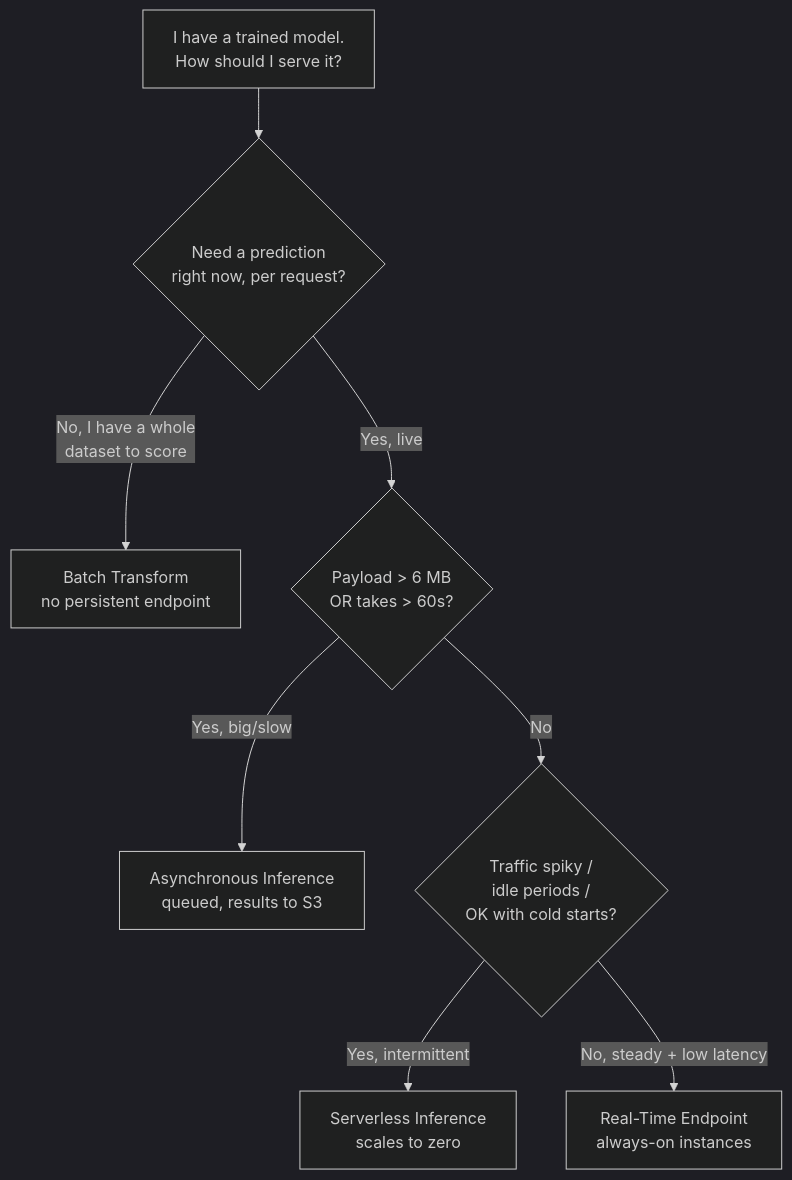
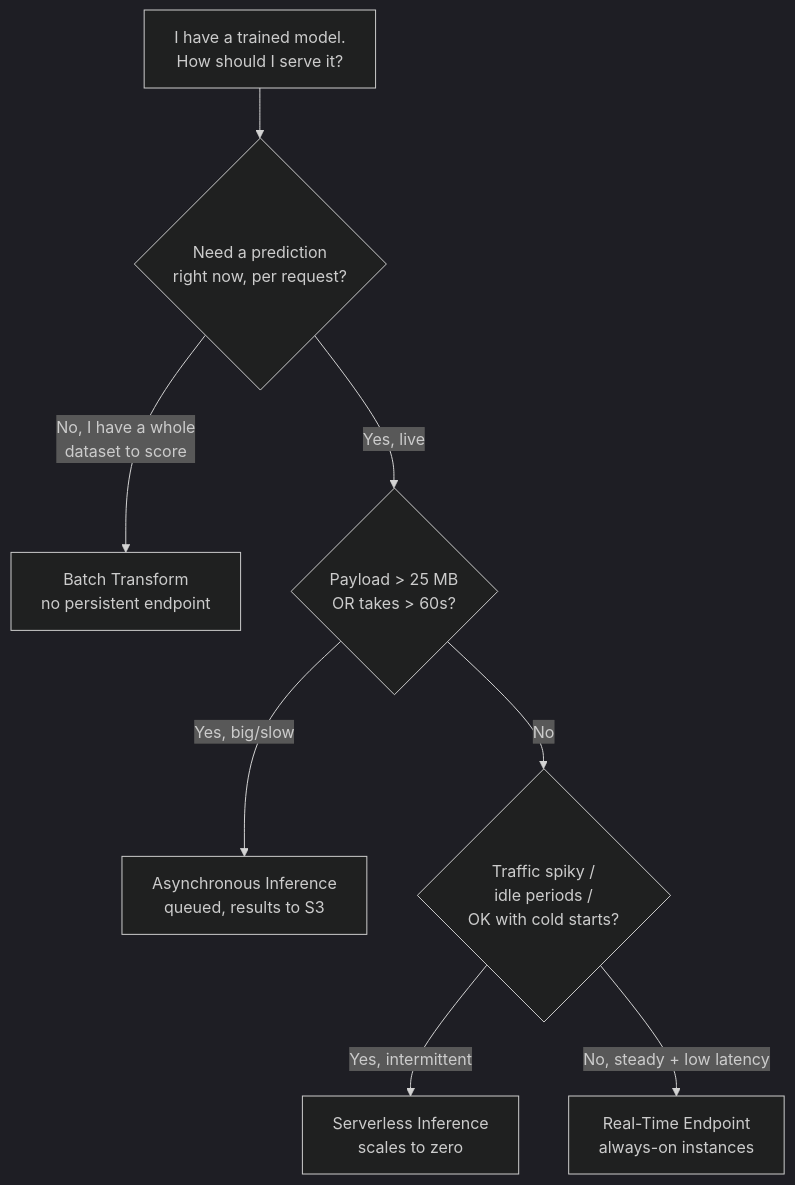
One commit to aneshus95/ai-system-design-guide changed the first of 5 diagrams in 24-aws-ai-certification/mla-c01/03-deployment-and-orchestration.md. Above: the diagram before and after it, drawn with Mermaid (dark theme). The commit also changed other lines of this file and 15 other files, not shown here.

````diff
--- a/24-aws-ai-certification/mla-c01/03-deployment-and-orchestration.md
+++ b/24-aws-ai-certification/mla-c01/03-deployment-and-orchestration.md
@@ -36,10 +36,10 @@
 ```mermaid
 flowchart TD
     A[I have a trained model.<br/>How should I serve it?] --> B{Need a prediction<br/>right now, per request?}
     B -->|No, I have a whole<br/>dataset to score| BATCH[Batch Transform<br/>no persistent endpoint]
-    B -->|Yes, live| C{Payload > 6 MB<br/>OR takes > 60s?}
+    B -->|Yes, live| C{Payload > 25 MB<br/>OR takes > 60s?}
     C -->|Yes, big/slow| ASYNC[Asynchronous Inference<br/>queued, results to S3]
     C -->|No| D{Traffic spiky /<br/>idle periods /<br/>OK with cold starts?}
     D -->|Yes, intermittent| SERVERLESS[Serverless Inference<br/>scales to zero]
     D -->|No, steady + low latency| REALTIME[Real-Time Endpoint<br/>always-on instances]
 ```
````
